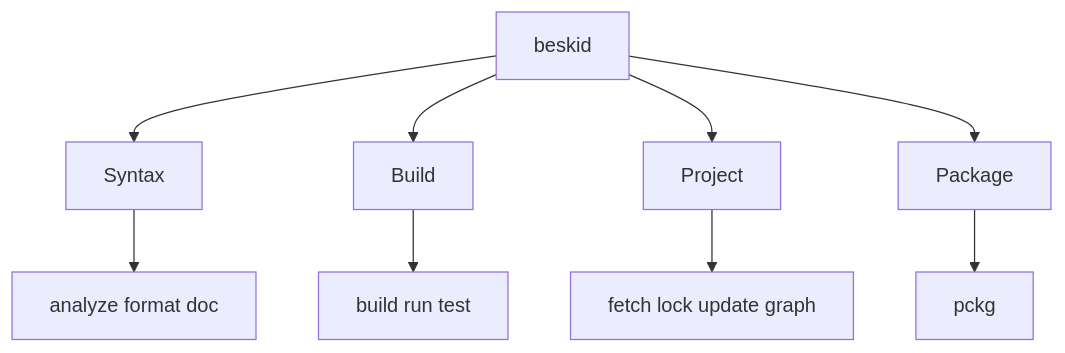
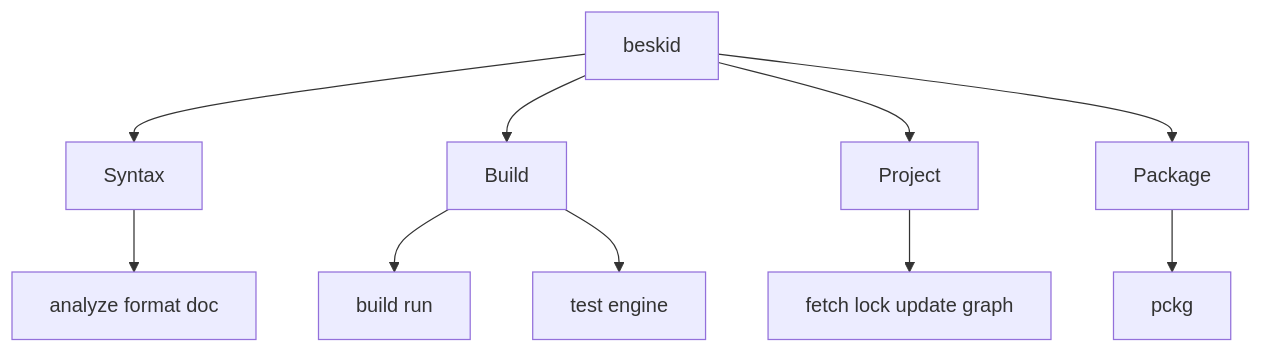
Before and after one commit to Cyber-Nomad-Collective/beskid: the diagram in site/website/src/content/docs/docs/tooling/index.md, drawn with Mermaid. The commit also changed other lines of this file and 6 other files, not shown here.

````diff
--- a/site/website/src/content/docs/docs/tooling/index.md
+++ b/site/website/src/content/docs/docs/tooling/index.md
@@ -40,13 +41,14 @@
 ```mermaid
 flowchart TD
   accTitle: CLI taxonomy
   accDescr: The Beskid CLI routes source work to syntax commands, native output work to build commands, dependency work to project commands, and publishing work to package commands.
   A[beskid] --> B[Syntax]
   A --> C[Build]
   A --> D[Project]
   A --> E[Package]
   B --> B1[analyze format doc]
-  C --> C1[build run test]
+  C --> C1[build run]
+  C --> C2[test engine]
   D --> D1[fetch lock update graph]
   E --> E1[pckg]
 ```
````
